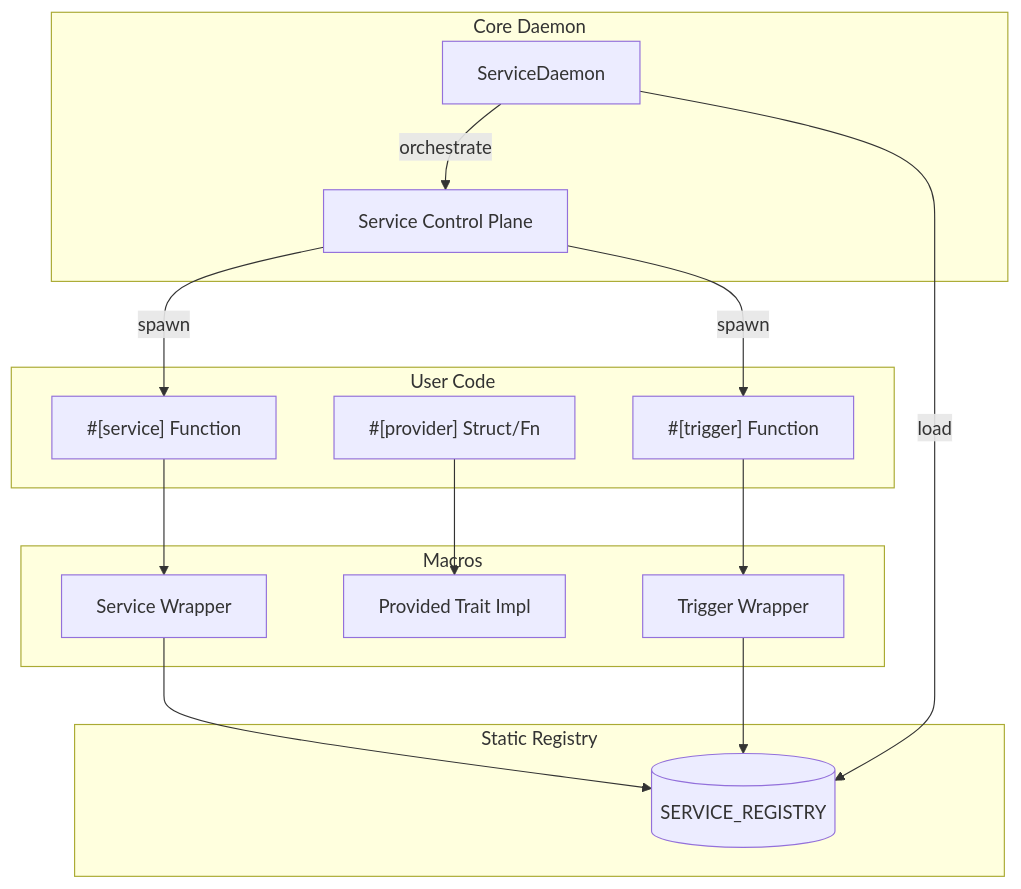
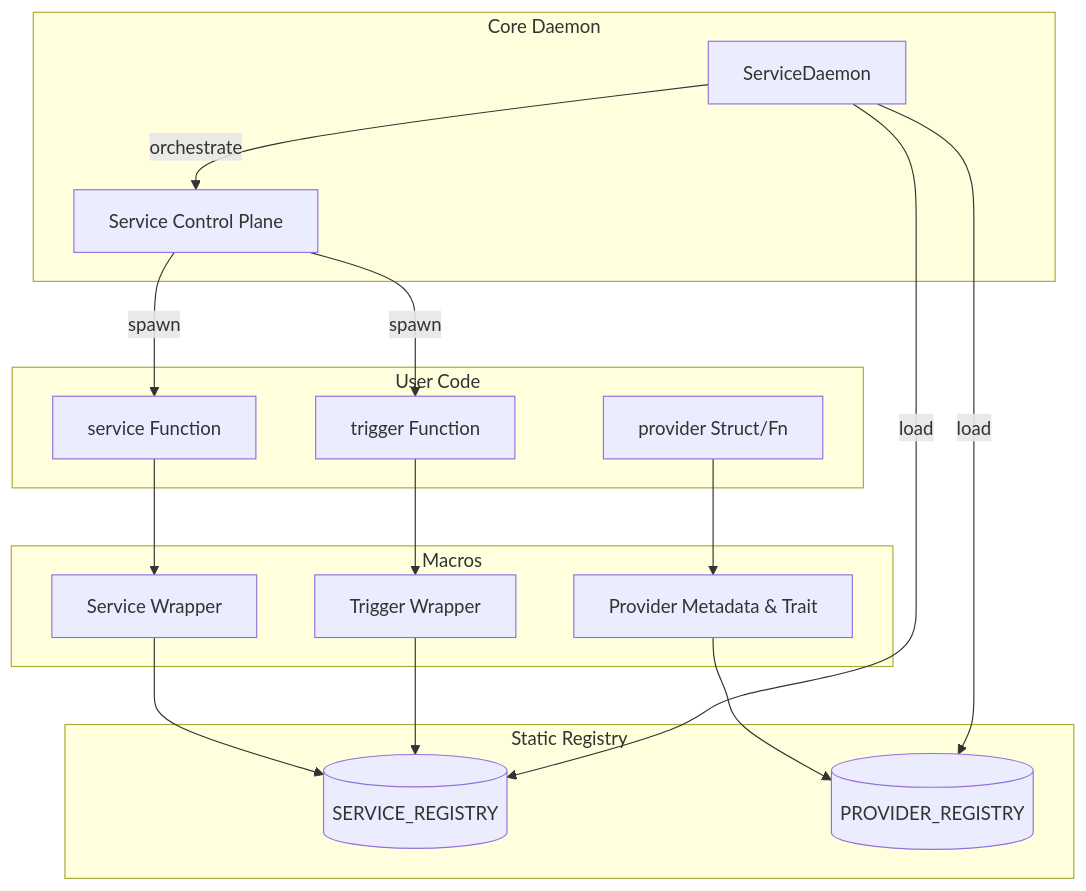
The first of 2 diagrams in docs/architecture/internal-overview.md (loft-games/service-daemon-rs), drawn with Mermaid before and after one commit. The commit also changed other lines of this file and 111 other files, not shown here.

````diff
--- a/docs/architecture/internal-overview.md
+++ b/docs/architecture/internal-overview.md
@@ -26,32 +30,33 @@
 ```mermaid
 graph TD
     subgraph User_Code ["User Code"]
-        S["#[service] Function"]
-        P["#[provider] Struct/Fn"]
-        T["#[trigger] Function"]
+        S["service Function"]
+        P["provider Struct/Fn"]
+        T["trigger Function"]
     end
 
     subgraph Macro_Gen ["Macros"]
         M_S[Service Wrapper]
-        M_P[Provided Trait Impl]
+        M_P[Provider Metadata & Trait]
         M_T[Trigger Wrapper]
     end
 
     subgraph Static_Registry ["Static Registry"]
         SR[("SERVICE_REGISTRY")]
+        PR[("PROVIDER_REGISTRY")]
     end
 
     subgraph Core_Daemon ["Core Daemon"]
         SD[ServiceDaemon]
         SCP[Service Control Plane]
     end
 
     S --> M_S --> SR
-    P --> M_P
+    P --> M_P --> PR
     T --> M_T --> SR
 
-    SD -->|load| SR
+    SD -->|load| SR & PR
     SD -->|orchestrate| SCP
     SCP -->|spawn| S
     SCP -->|spawn| T
 ```
````
